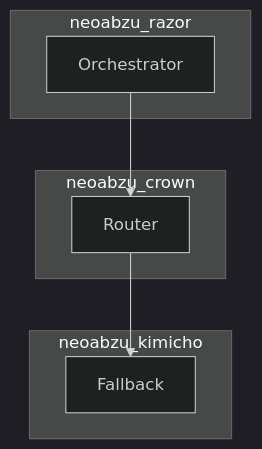
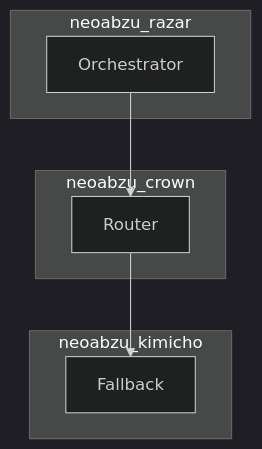
The diagram in docs/figures/rust_crate_boundaries.mmd (DINGIRABZU/ABZU), drawn with Mermaid (dark theme) before and after one commit. The commit also changed 19 other files, not shown here.

Commit message:
Rename razor crate to razar

```diff
--- a/docs/figures/rust_crate_boundaries.mmd
+++ b/docs/figures/rust_crate_boundaries.mmd
@@ -1,11 +1,11 @@
 flowchart TB
-    subgraph neoabzu_razor
+    subgraph neoabzu_razar
         R1[Orchestrator]
     end
     subgraph neoabzu_crown
         C1[Router]
     end
     subgraph neoabzu_kimicho
         K1[Fallback]
     end
     R1 --> C1 --> K1
```
